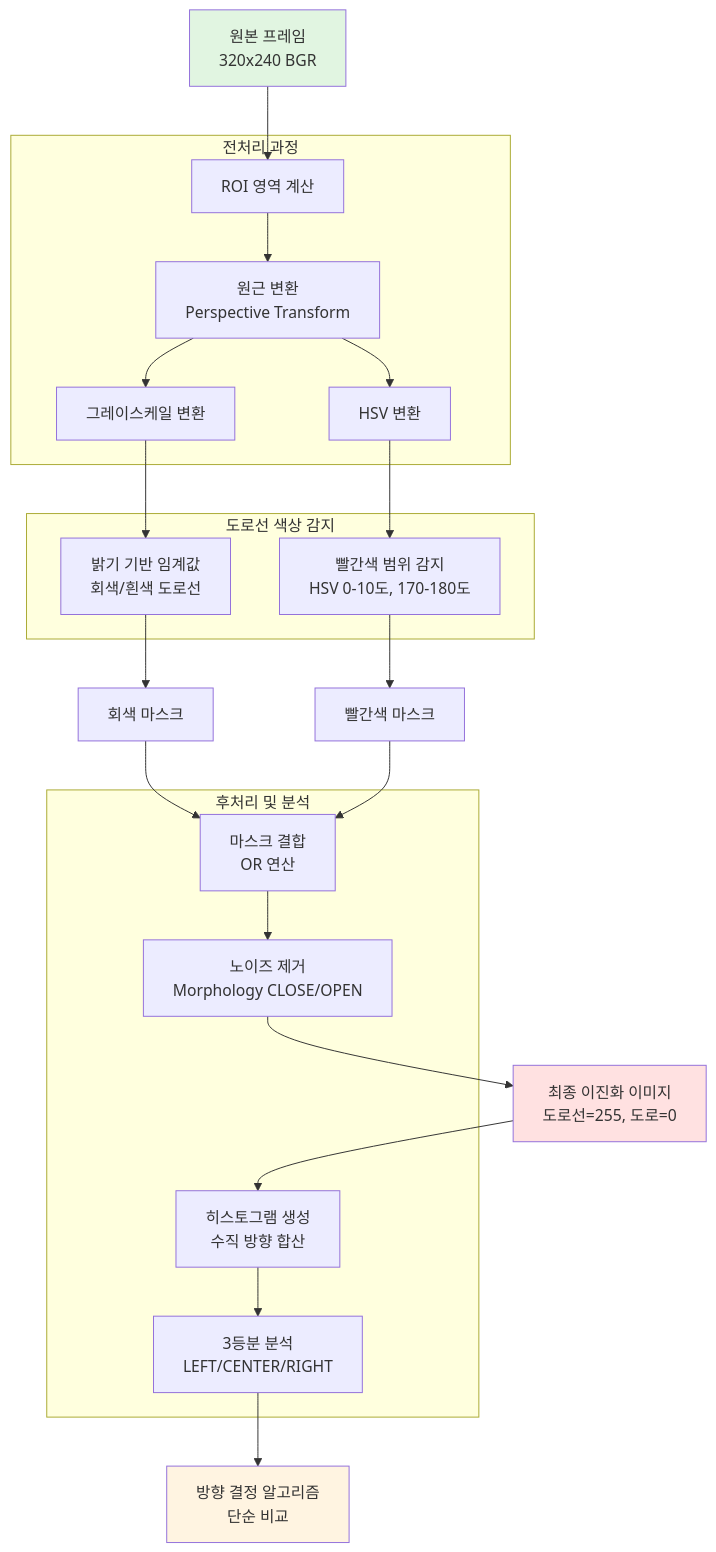
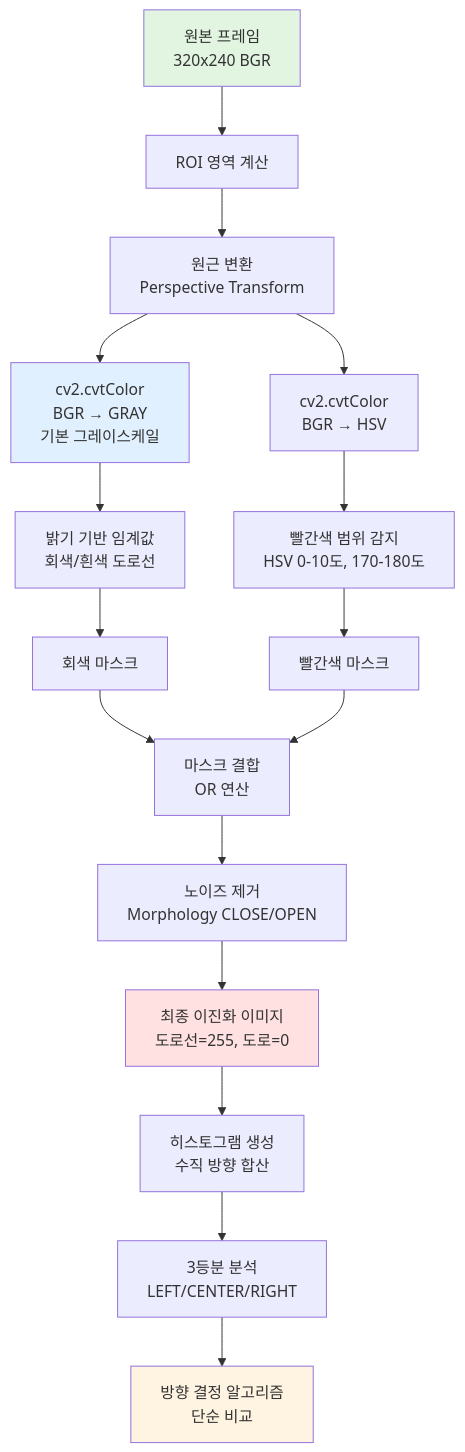
The fourth of 12 diagrams in 03_self_driving/AUTOPLOT_SYSTEM_ANALYSIS.md (Collegenie-X/Raspbot-v2-self-driving-car), drawn with Mermaid before and after one commit. The commit also changed other lines of this file and 5 other files, not shown here.

````diff
--- a/03_self_driving/AUTOPLOT_SYSTEM_ANALYSIS.md
+++ b/03_self_driving/AUTOPLOT_SYSTEM_ANALYSIS.md
@@ -236,47 +301,29 @@
 ```mermaid
 flowchart TD
     A[원본 프레임<br/>320x240 BGR] --> B[ROI 영역 계산]
     B --> C[원근 변환<br/>Perspective Transform]
-    C --> D[그레이스케일 변환]
-    C --> E[HSV 변환]
+    C --> D[cv2.cvtColor<br/>BGR → GRAY<br/>기본 그레이스케일]
+    C --> E[cv2.cvtColor<br/>BGR → HSV]
     
     D --> F[밝기 기반 임계값<br/>회색/흰색 도로선]
     E --> G[빨간색 범위 감지<br/>HSV 0-10도, 170-180도]
     
     F --> H[회색 마스크]
     G --> I[빨간색 마스크]
     
     H --> J[마스크 결합<br/>OR 연산]
     I --> J
     
     J --> K[노이즈 제거<br/>Morphology CLOSE/OPEN]
     K --> L[최종 이진화 이미지<br/>도로선=255, 도로=0]
     
     L --> M[히스토그램 생성<br/>수직 방향 합산]
     M --> N[3등분 분석<br/>LEFT/CENTER/RIGHT]
     
     N --> O[방향 결정 알고리즘<br/>단순 비교]
     
     style A fill:#e1f5e1
+    style D fill:#e1f0ff
     style L fill:#ffe1e1
     style O fill:#fff4e1
-    
-    subgraph 색상감지[도로선 색상 감지]
-        F
-        G
-    end
-    
-    subgraph 전처리[전처리 과정]
-        B
-        C
-        D
-        E
-    end
-    
-    subgraph 후처리[후처리 및 분석]
-        J
-        K
-        M
-        N
-    end
 ```
````
